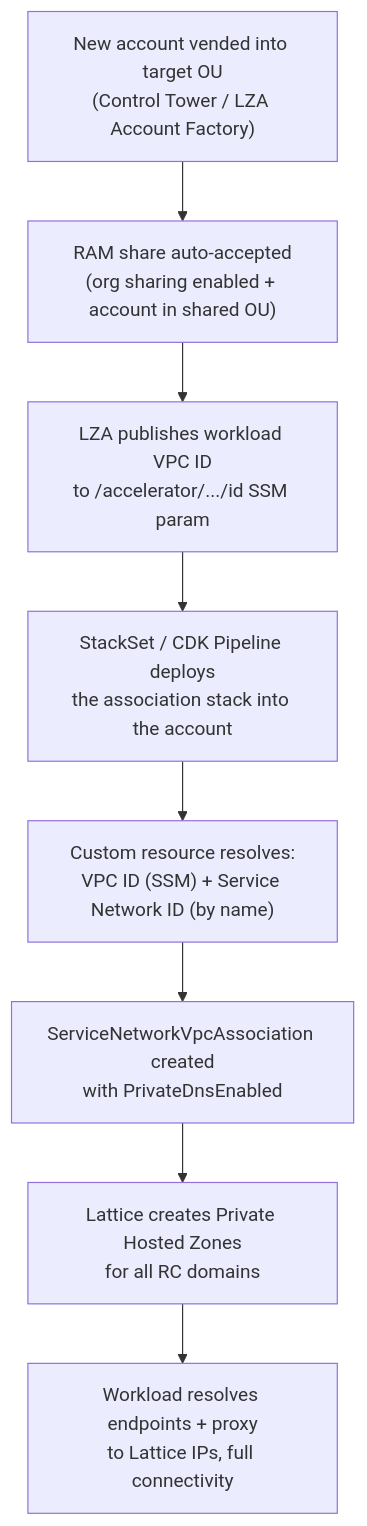
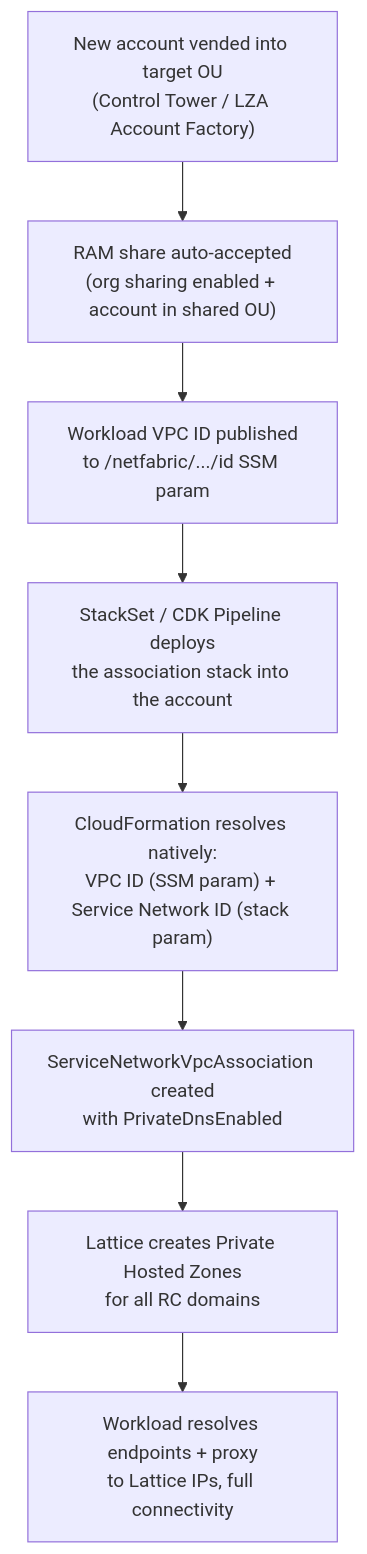
The diagram in docs/07-phase4-workload-onboarding.md (aws-samples/sample-vpc-lattice-multi-account-connectivity), drawn with Mermaid before and after one commit. The commit also changed other lines of this file and 50 other files, not shown here.

````diff
--- a/docs/07-phase4-workload-onboarding.md
+++ b/docs/07-phase4-workload-onboarding.md
@@ -173,10 +161,10 @@
 ```mermaid
 flowchart TD
     A["New account vended into target OU<br/>(Control Tower / LZA Account Factory)"] --> B["RAM share auto-accepted<br/>(org sharing enabled + account in shared OU)"]
-    B --> C["LZA publishes workload VPC ID<br/>to /accelerator/.../id SSM param"]
+    B --> C["Workload VPC ID published<br/>to /netfabric/.../id SSM param"]
     C --> D["StackSet / CDK Pipeline deploys<br/>the association stack into the account"]
-    D --> E["Custom resource resolves:<br/>VPC ID (SSM) + Service Network ID (by name)"]
+    D --> E["CloudFormation resolves natively:<br/>VPC ID (SSM param) + Service Network ID (stack param)"]
     E --> F["ServiceNetworkVpcAssociation created<br/>with PrivateDnsEnabled"]
     F --> G["Lattice creates Private Hosted Zones<br/>for all RC domains"]
     G --> H["Workload resolves endpoints + proxy<br/>to Lattice IPs, full connectivity"]
 ```
````
